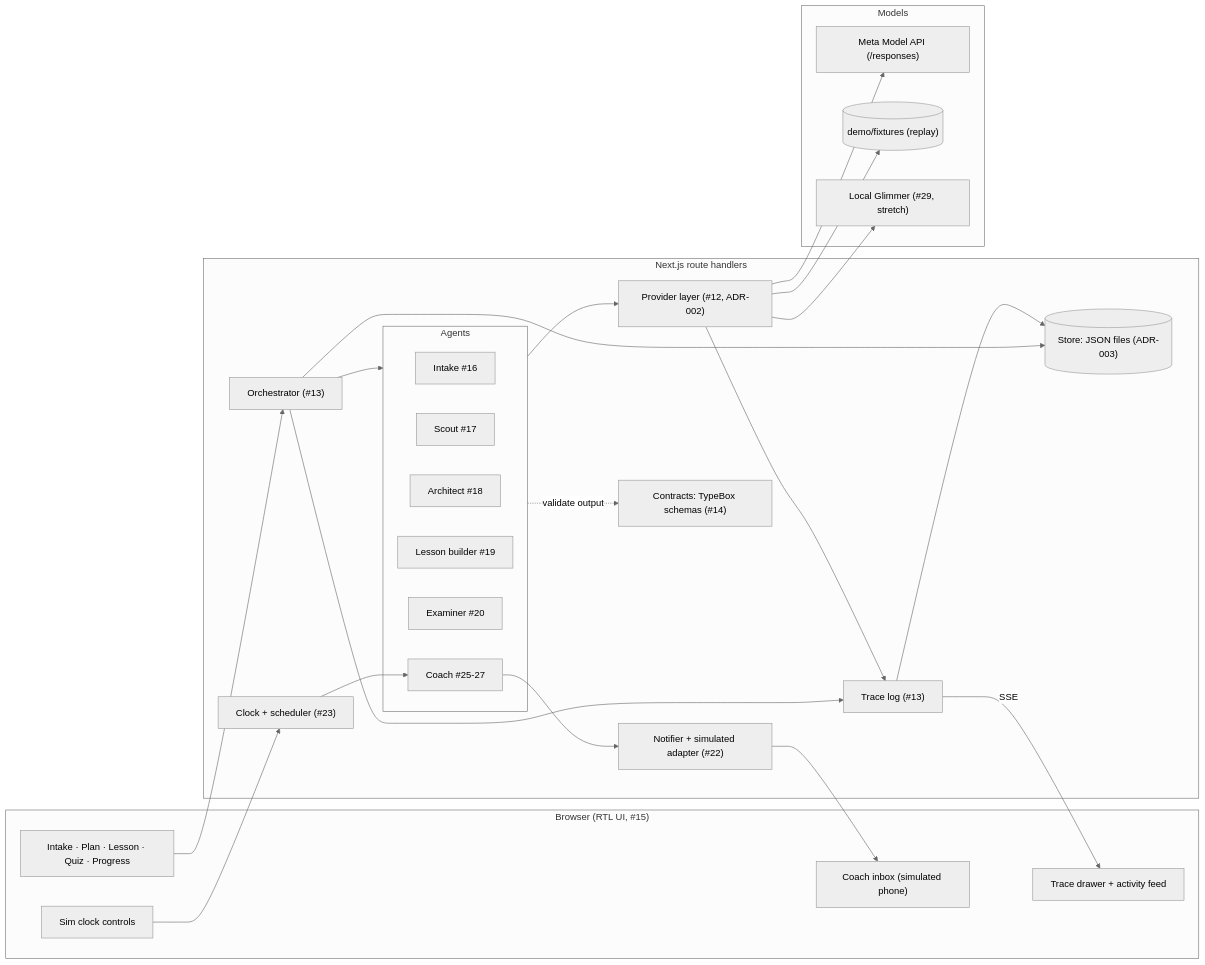
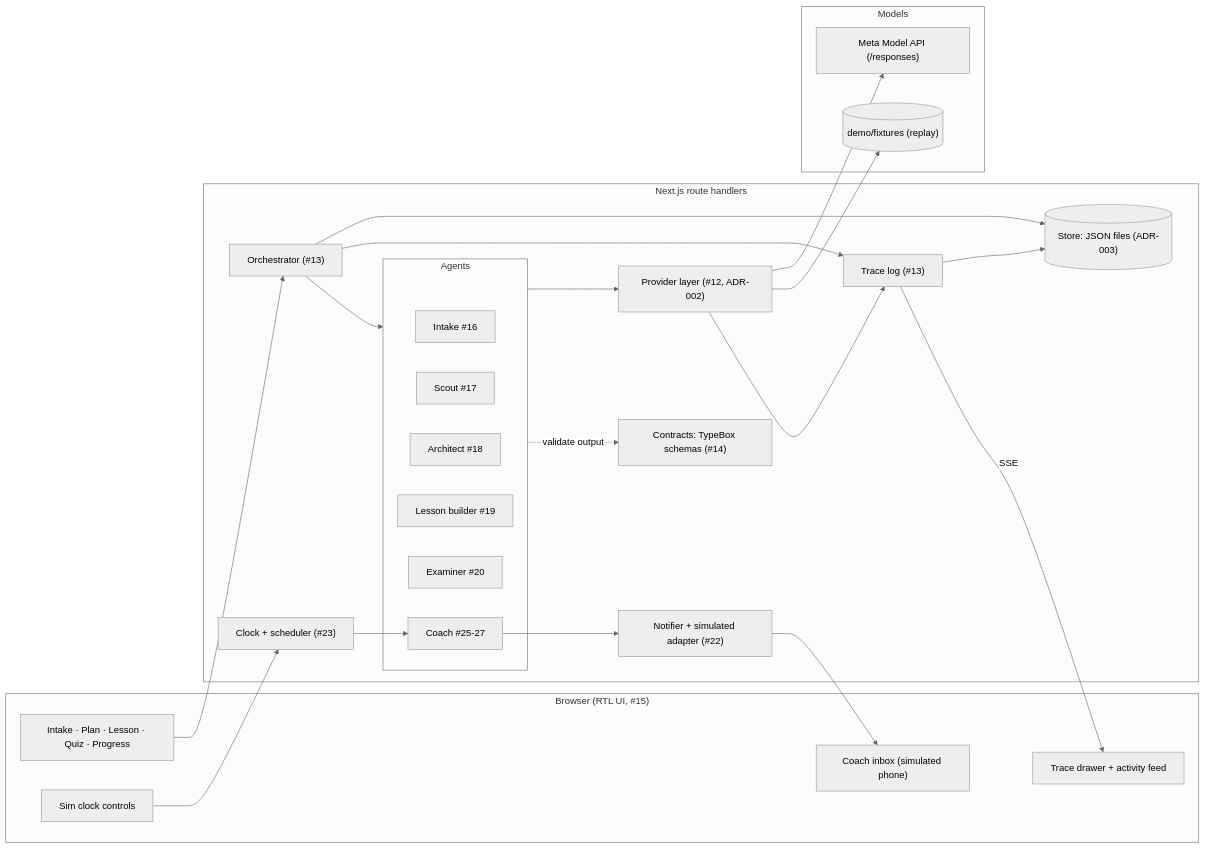
One commit to amElnagdy/curaloom-hackathon changed the diagram in docs/architecture.md. Above: the diagram before and after it, drawn with Mermaid (neutral theme). The commit also changed 2 other files, not shown here.

Commit message:
Docs drop the local Glimmer coach (#29)
Meta's API does not serve Glimmer, and a 17 GB on-device model is not
realistic for the learners this app serves. The coach stays on Spark.

````diff
--- a/docs/architecture.md
+++ b/docs/architecture.md
@@ -5,50 +5,48 @@
 ```mermaid
 flowchart LR
   subgraph Browser["Browser (RTL UI, #15)"]
     Pages["Intake · Plan · Lesson · Quiz · Progress"]
     Inbox["Coach inbox (simulated phone)"]
     TracePanel["Trace drawer + activity feed"]
     DemoBar["Sim clock controls"]
   end
 
   subgraph Server["Next.js route handlers"]
     Orch["Orchestrator (#13)"]
     subgraph Agents["Agents"]
       Intake["Intake #16"]
       Scout["Scout #17"]
       Architect["Architect #18"]
       LessonB["Lesson builder #19"]
       Examiner["Examiner #20"]
       Coach["Coach #25-27"]
     end
     Provider["Provider layer (#12, ADR-002)"]
     Store[("Store: JSON files (ADR-003)")]
     Trace["Trace log (#13)"]
     Notifier["Notifier + simulated adapter (#22)"]
     Clock["Clock + scheduler (#23)"]
     Contracts["Contracts: TypeBox schemas (#14)"]
   end
 
   subgraph Models["Models"]
     Meta["Meta Model API (/responses)"]
     Fixtures[("demo/fixtures (replay)")]
-    Glimmer["Local Glimmer (#29, stretch)"]
   end
 
   Pages --> Orch
   DemoBar --> Clock
   Orch --> Agents
   Agents --> Provider
   Agents -. validate output .-> Contracts
   Provider --> Meta
   Provider --> Fixtures
-  Provider --> Glimmer
   Orch --> Store
   Orch --> Trace
   Provider --> Trace
   Trace --> Store
   Trace -- SSE --> TracePanel
   Clock --> Coach
   Coach --> Notifier
   Notifier --> Inbox
 ```
````
